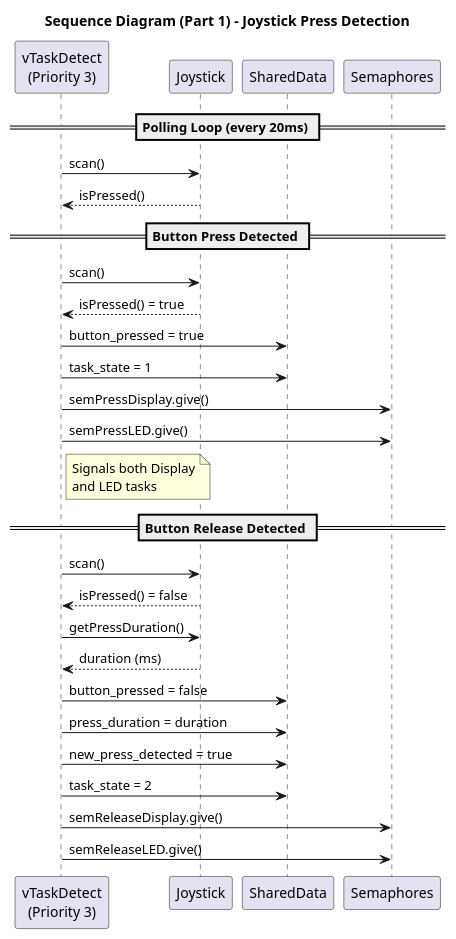
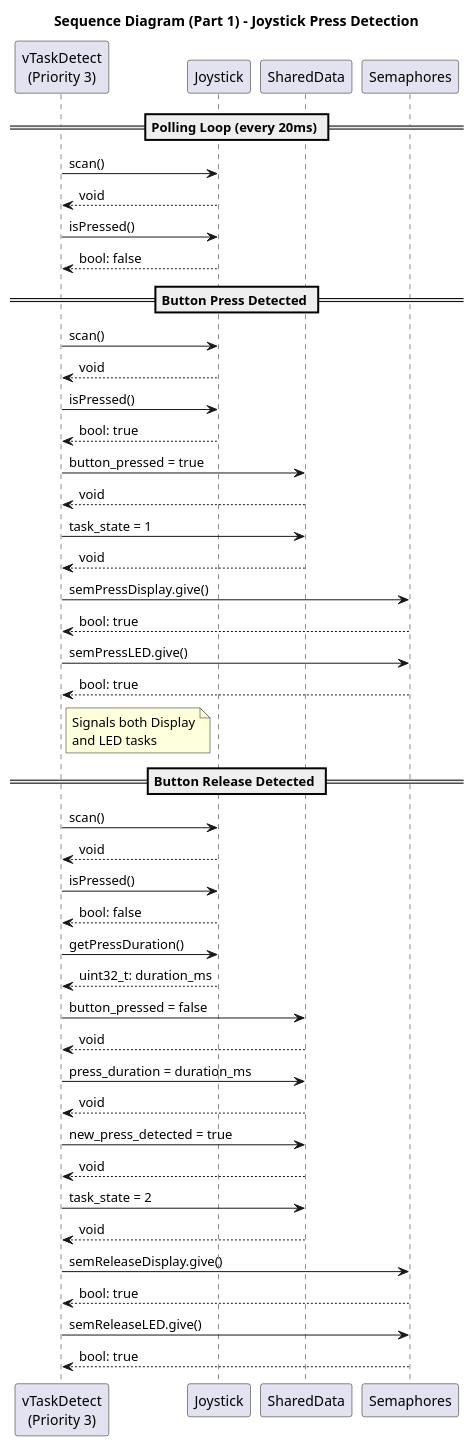
Before and after one commit to DimonBel/ES: the diagram in diagrams/puml/03a_seq_joystick_press.puml, drawn with PlantUML. The commit also changed 11 other files, not shown here.

First line of the commit message:
Add return/response arrows to all sequence diagrams

```diff
--- a/diagrams/puml/03a_seq_joystick_press.puml
+++ b/diagrams/puml/03a_seq_joystick_press.puml
@@ -1,38 +1,54 @@
 @startuml Sequence - Joystick Press Detection
 title Sequence Diagram (Part 1) - Joystick Press Detection
 
 participant "vTaskDetect\n(Priority 3)" as detect
 participant "Joystick" as joy
 participant "SharedData" as data
 participant "Semaphores" as sem
 
 == Polling Loop (every 20ms) ==
 detect -> joy : scan()
-joy --> detect : isPressed()
+joy --> detect : void
+detect -> joy : isPressed()
+joy --> detect : bool: false
 
 == Button Press Detected ==
 detect -> joy : scan()
-joy --> detect : isPressed() = true
+joy --> detect : void
+detect -> joy : isPressed()
+joy --> detect : bool: true
 
 detect -> data : button_pressed = true
+data --> detect : void
 detect -> data : task_state = 1
+data --> detect : void
 detect -> sem : semPressDisplay.give()
+sem --> detect : bool: true
 detect -> sem : semPressLED.give()
+sem --> detect : bool: true
 
 note right of detect : Signals both Display\nand LED tasks
 
 == Button Release Detected ==
 detect -> joy : scan()
-joy --> detect : isPressed() = false
+joy --> detect : void
+detect -> joy : isPressed()
+joy --> detect : bool: false
 
 detect -> joy : getPressDuration()
-joy --> detect : duration (ms)
+joy --> detect : uint32_t: duration_ms
 
 detect -> data : button_pressed = false
-detect -> data : press_duration = duration
+data --> detect : void
+detect -> data : press_duration = duration_ms
+data --> detect : void
 detect -> data : new_press_detected = true
+data --> detect : void
 detect -> data : task_state = 2
+data --> detect : void
 detect -> sem : semReleaseDisplay.give()
+sem --> detect : bool: true
 detect -> sem : semReleaseLED.give()
+sem --> detect : bool: true
 
 @enduml
```
